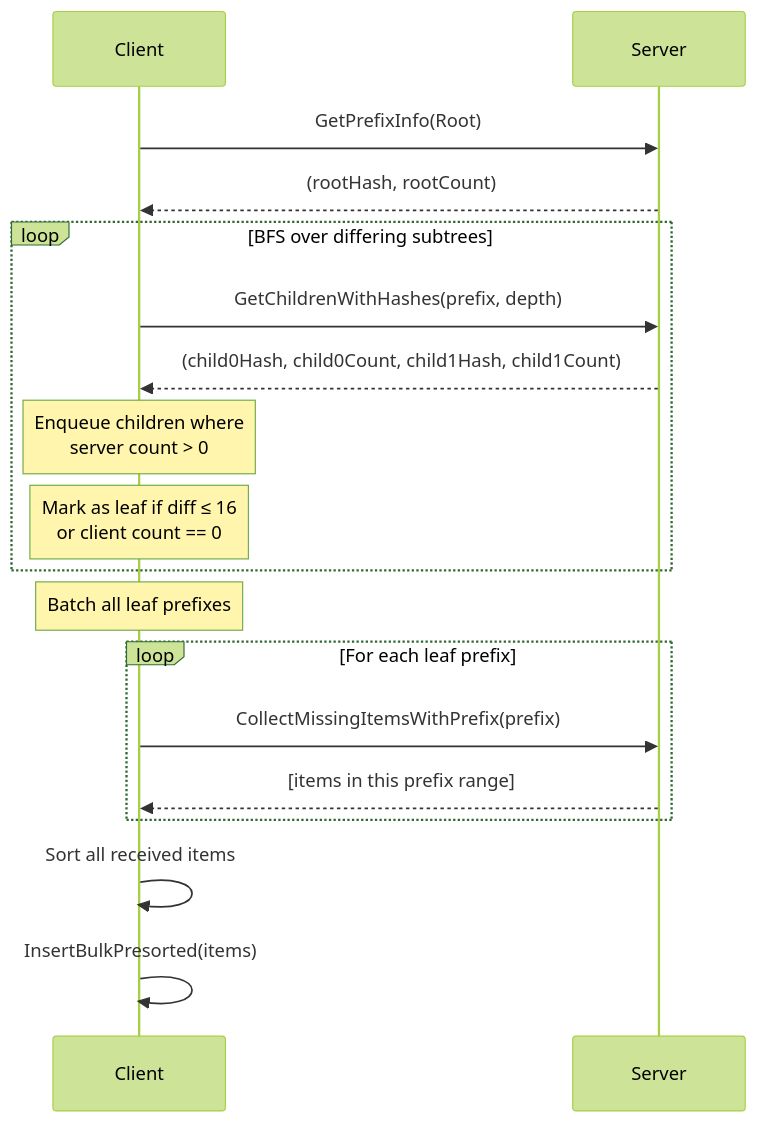
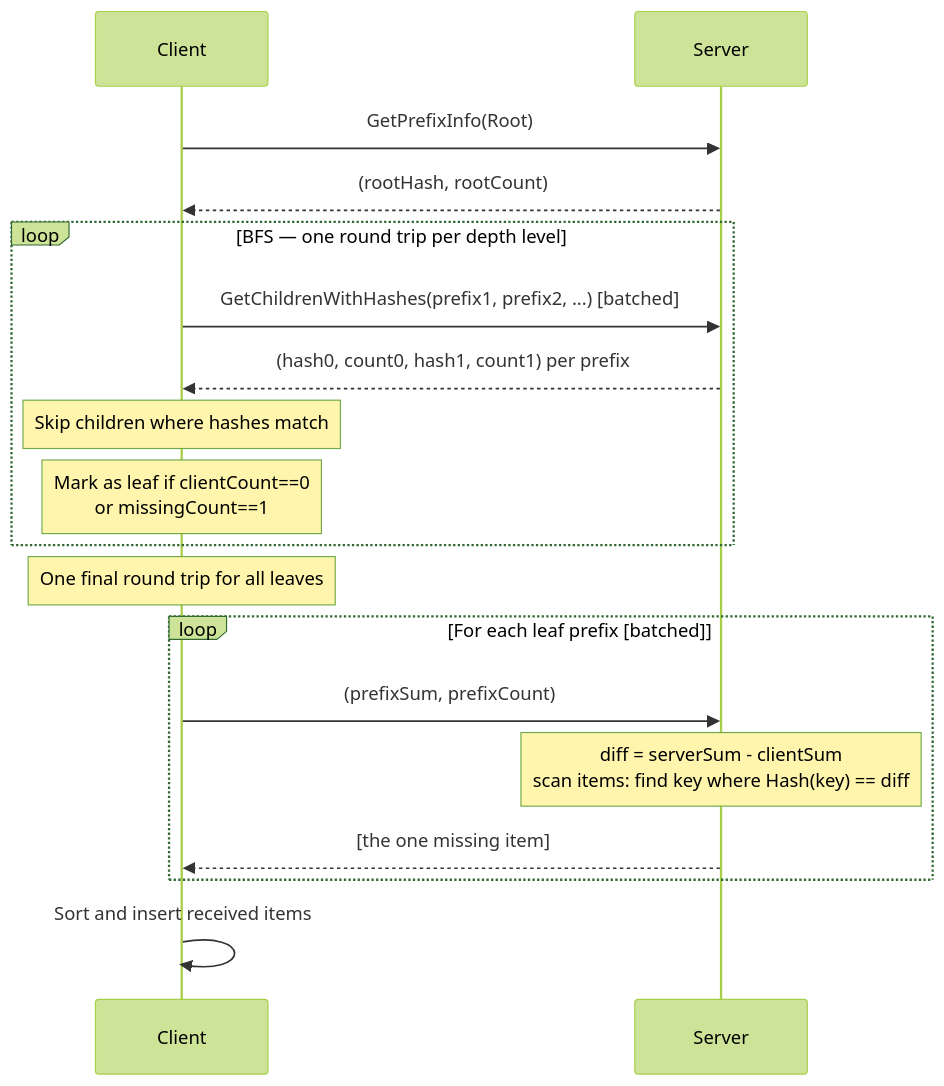
One commit to arj03/setsum-cs changed the fourth of 7 diagrams in SetSum/Sync/README.md. Above: the diagram before and after it, drawn with Mermaid (forest theme). The commit also changed other lines of this file, not shown here.

````diff
--- a/SetSum/Sync/README.md
+++ b/SetSum/Sync/README.md
@@ -107,24 +112,24 @@
 ```mermaid
 sequenceDiagram
     participant C as Client
     participant S as Server
 
     C->>S: GetPrefixInfo(Root)
     S-->>C: (rootHash, rootCount)
 
-    loop BFS over differing subtrees
-        C->>S: GetChildrenWithHashes(prefix, depth)
-        S-->>C: (child0Hash, child0Count, child1Hash, child1Count)
-        Note over C: Enqueue children where<br/>server count > 0
-        Note over C: Mark as leaf if diff ≤ 16<br/>or client count == 0
+    loop BFS — one round trip per depth level
+        C->>S: GetChildrenWithHashes(prefix1, prefix2, ...) [batched]
+        S-->>C: (hash0, count0, hash1, count1) per prefix
+        Note over C: Skip children where hashes match
+        Note over C: Mark as leaf if clientCount==0<br/>or missingCount==1
     end
 
-    Note over C: Batch all leaf prefixes
-    loop For each leaf prefix
-        C->>S: CollectMissingItemsWithPrefix(prefix)
-        S-->>C: [items in this prefix range]
+    Note over C: One final round trip for all leaves
+    loop For each leaf prefix [batched]
+        C->>S: (prefixSum, prefixCount)
+        Note over S: diff = serverSum - clientSum<br/>scan items: find key where Hash(key) == diff
+        S-->>C: [the one missing item]
     end
 
-    C->>C: Sort all received items
-    C->>C: InsertBulkPresorted(items)
+    C->>C: Sort and insert received items
 ```
````
